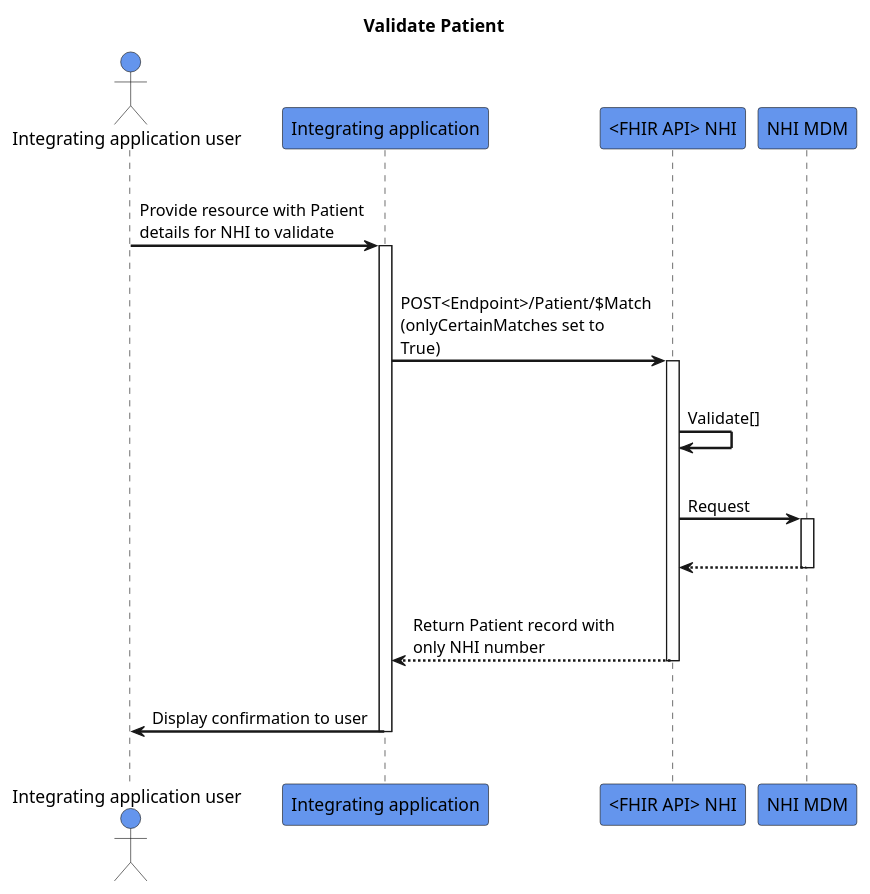
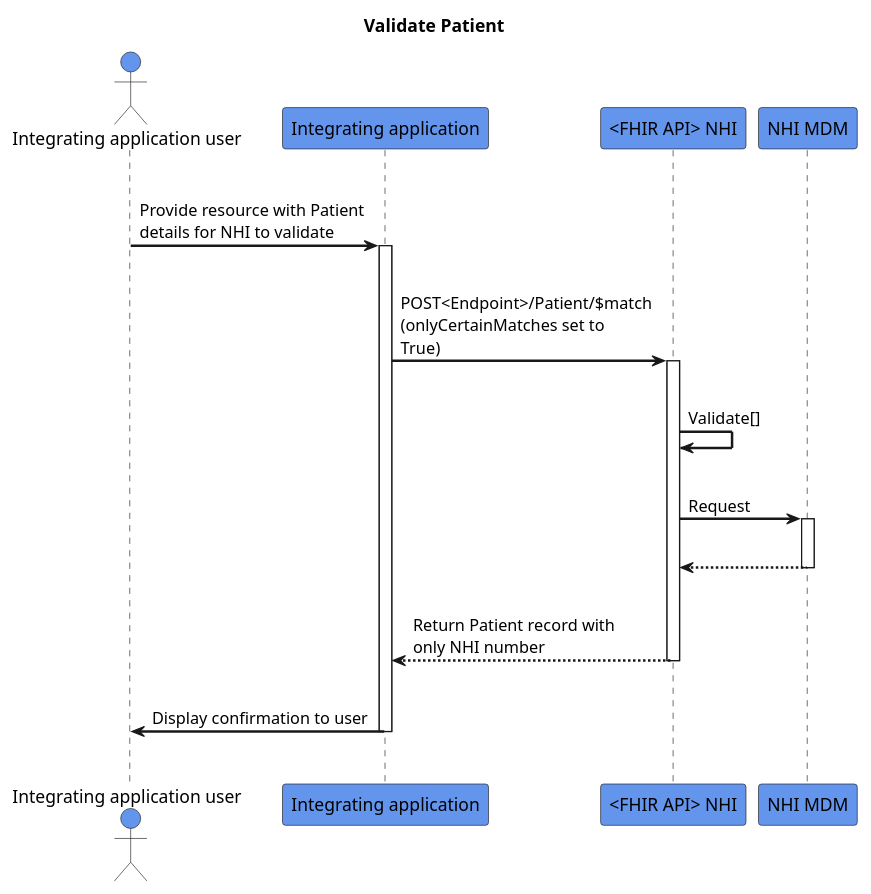
The diagram in input/images-source/validate-patient.plantuml (HL7NZ/nhi), drawn with PlantUML before and after one commit.

```diff
--- a/input/images-source/validate-patient.plantuml
+++ b/input/images-source/validate-patient.plantuml
@@ -1,33 +1,33 @@
 @startuml
 skinparam sequenceArrowThickness 2
 skinparam roundcorner 5
 skinparam maxmessagesize 180
 skinparam sequenceParticipant bold
 title Validate Patient
 actor "Integrating application user" as User #CornflowerBlue
 participant "Integrating application" as A #CornflowerBlue
 participant "<FHIR API> NHI" as B #CornflowerBlue
 participant "NHI MDM" as C #CornflowerBlue
 |||
 User -> A: Provide resource with Patient details for NHI to validate
 activate A
 |||
-A -> B: POST<Endpoint>/Patient/$Match (onlyCertainMatches set to True)
+A -> B: POST<Endpoint>/Patient/$match (onlyCertainMatches set to True)
 activate B
 |||
 B -> B: Validate[]
 |||
 B -> C: Request
 activate C
 |||
 
 C -[dashed]-> B:
 deactivate C
 |||
 B -[dashed]-> A: Return Patient record with only NHI number
 deactivate B
 |||
 A -> User: Display confirmation to user
 deactivate A
 |||
 @enduml
```
